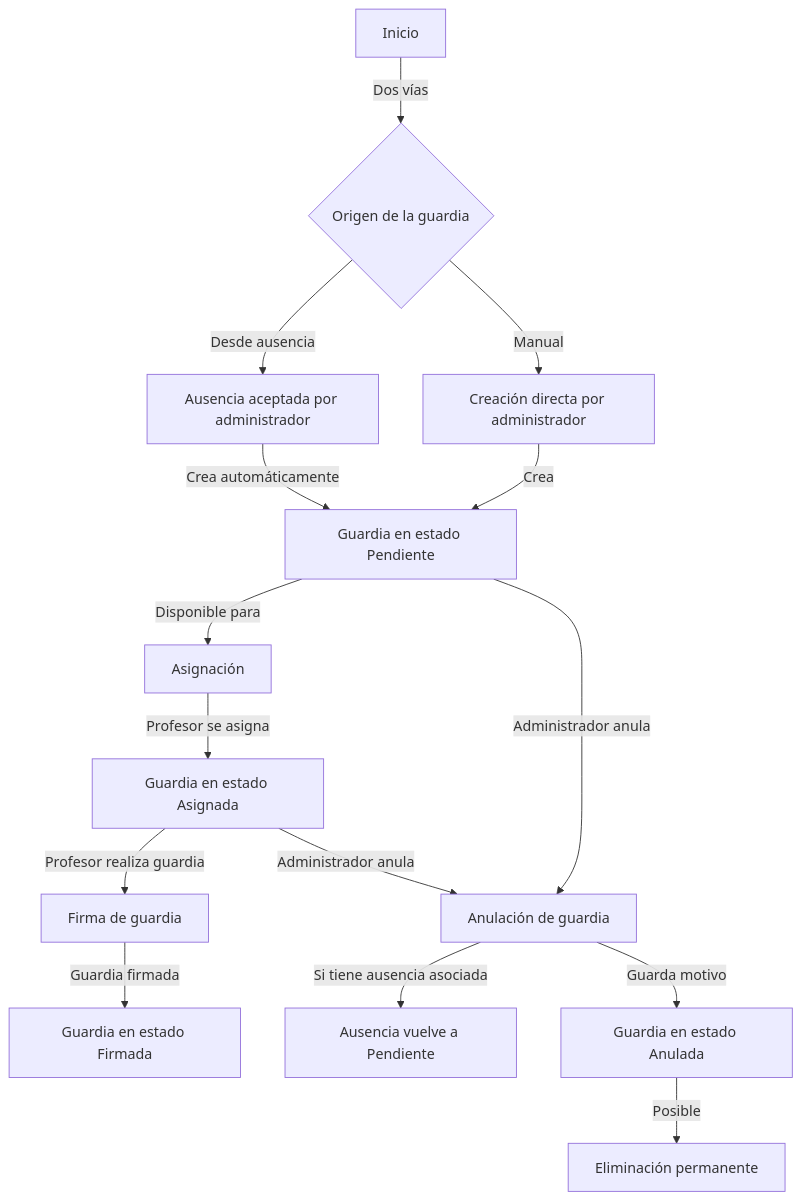
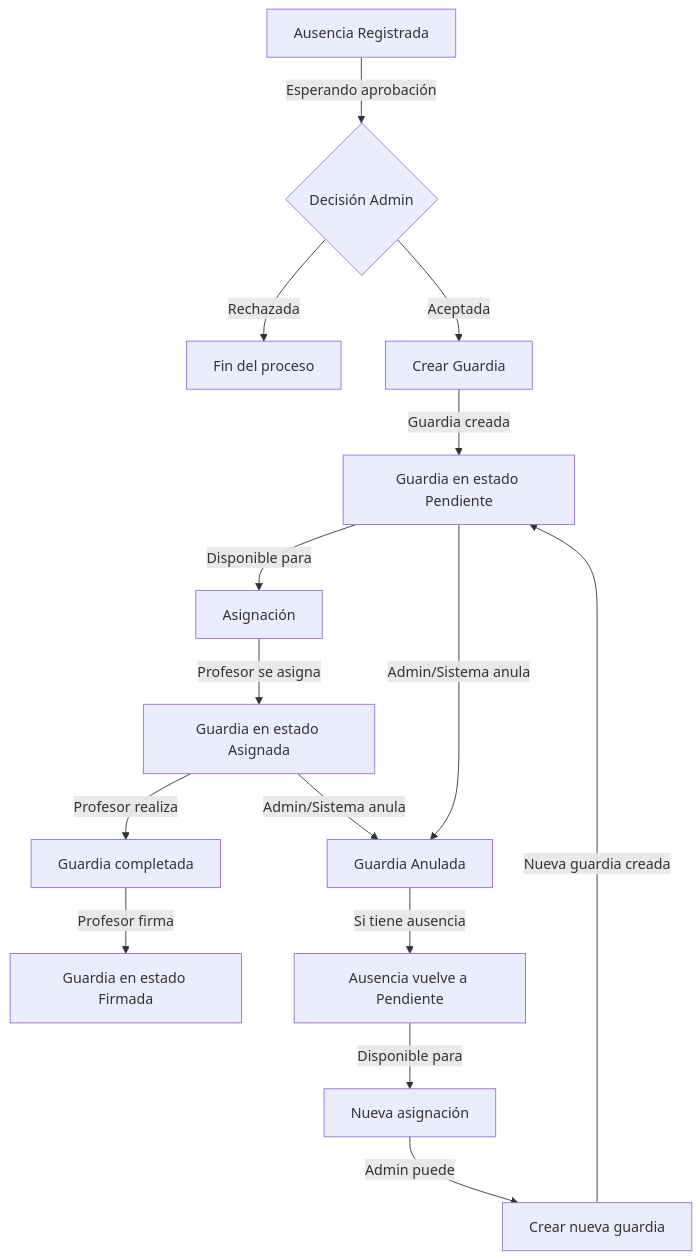
Before and after one commit to RGiskard7/gestion-guardias: diagram 14 of 20 in doc/DIAGRAMAS-FLUJO.md, drawn with Mermaid. The commit also changed other lines of this file and 5 other files, not shown here.

First line of the commit message:
docs: actualizar documentación técnica y diagramas

````diff
--- a/doc/DIAGRAMAS-FLUJO.md
+++ b/doc/DIAGRAMAS-FLUJO.md
@@ -263,17 +274,18 @@
 ```mermaid
 flowchart TD
-    A[Inicio] -->|Dos vías| B{Origen de la guardia}
-    B -->|Desde ausencia| C[Ausencia aceptada por administrador]
-    B -->|Manual| D[Creación directa por administrador]
-    C -->|Crea automáticamente| E[Guardia en estado Pendiente]
-    D -->|Crea| E
+    A[Ausencia Registrada] -->|Esperando aprobación| B{Decisión Admin}
+    B -->|Rechazada| C[Fin del proceso]
+    B -->|Aceptada| D[Crear Guardia]
+    D -->|Guardia creada| E[Guardia en estado Pendiente]
     E -->|Disponible para| F[Asignación]
     F -->|Profesor se asigna| G[Guardia en estado Asignada]
-    G -->|Profesor realiza guardia| H[Firma de guardia]
-    H -->|Guardia firmada| I[Guardia en estado Firmada]
-    E -->|Administrador anula| J[Anulación de guardia]
-    G -->|Administrador anula| J
-    J -->|Si tiene ausencia asociada| K[Ausencia vuelve a Pendiente]
-    J -->|Guarda motivo| L[Guardia en estado Anulada]
-    L -->|Posible| M[Eliminación permanente]
+    G -->|Profesor realiza| H[Guardia completada]
+    H -->|Profesor firma| I[Guardia en estado Firmada]
+    
+    E -->|Admin/Sistema anula| J[Guardia Anulada]
+    G -->|Admin/Sistema anula| J
+    J -->|Si tiene ausencia| K[Ausencia vuelve a Pendiente]
+    K -->|Disponible para| L[Nueva asignación]
+    L -->|Admin puede| M[Crear nueva guardia]
+    M -->|Nueva guardia creada| E
 ```
````
